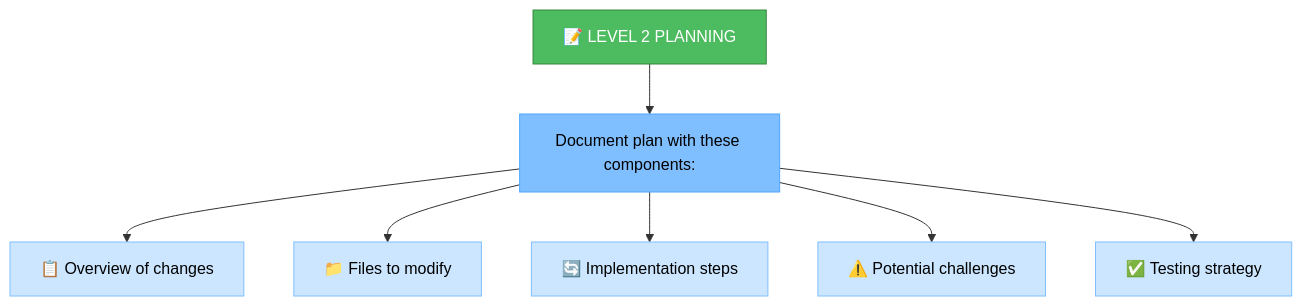
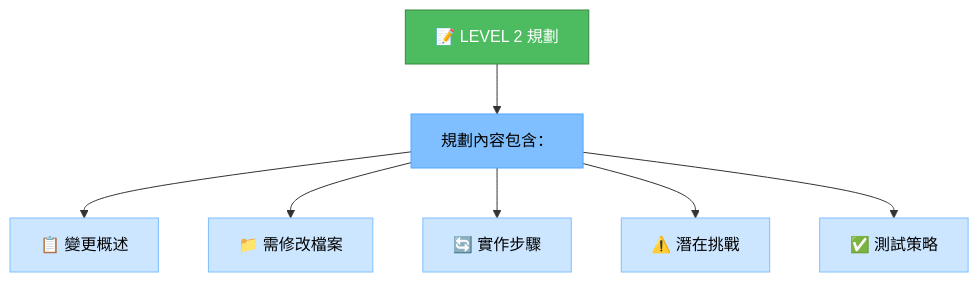
The second of 5 diagrams in 中文化/custom_modes/plan_instructions.md (chenjackle45/cursor-memory-bank-chinese), drawn with Mermaid before and after one commit. The commit also changed other lines of this file and 5 other files, not shown here.

Commit message:
Translate and update documentation for Reflect+Archive and VAN modes to enhance clarity and accessibility for users. Adjusted flowcharts and verification checklists to reflect changes in the development process.

````diff
--- a/中文化/custom_modes/plan_instructions.md
+++ b/中文化/custom_modes/plan_instructions.md
@@ -138,17 +144,17 @@
 ```mermaid
 graph TD
-    L2["📝 LEVEL 2 PLANNING"] --> Doc["Document plan with these components:"]
-    Doc --> OV["📋 Overview of changes"]
-    Doc --> FM["📁 Files to modify"]
-    Doc --> IS["🔄 Implementation steps"]
-    Doc --> PC["⚠️ Potential challenges"]
-    Doc --> TS["✅ Testing strategy"]
-    
+    L2["📝 LEVEL 2 規劃"] --> Doc["規劃內容包含："]
+    Doc --> OV["📋 變更概述"]
+    Doc --> FM["📁 需修改檔案"]
+    Doc --> IS["🔄 實作步驟"]
+    Doc --> PC["⚠️ 潛在挑戰"]
+    Doc --> TS["✅ 測試策略"]
+
     style L2 fill:#4dbb5f,stroke:#36873f,color:white
     style Doc fill:#80bfff,stroke:#4da6ff,color:black
     style OV fill:#cce6ff,stroke:#80bfff,color:black
     style FM fill:#cce6ff,stroke:#80bfff,color:black
     style IS fill:#cce6ff,stroke:#80bfff,color:black
     style PC fill:#cce6ff,stroke:#80bfff,color:black
     style TS fill:#cce6ff,stroke:#80bfff,color:black
 ```
````
